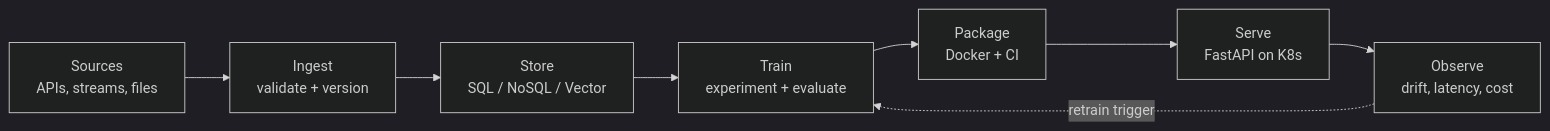
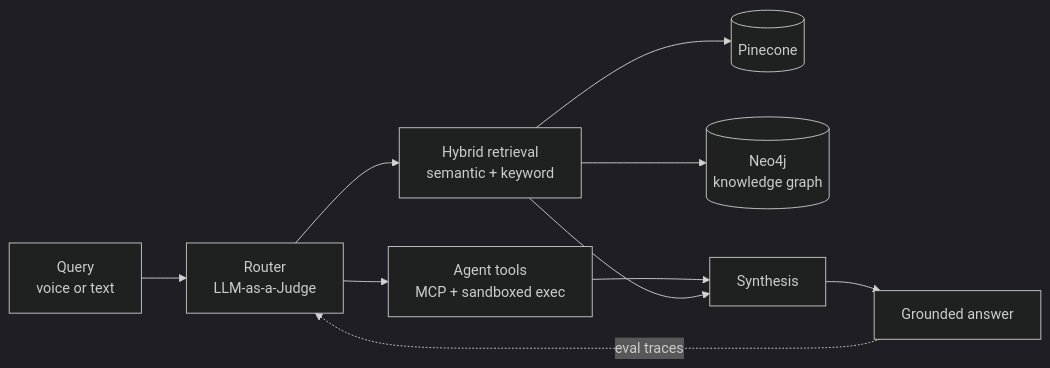
Before and after one commit to adlard07/adlard07: the diagram in README.md, drawn with Mermaid (dark theme). The commit also changed other lines of this file, not shown here.

````diff
--- a/README.md
+++ b/README.md
@@ -35,10 +47,12 @@
 ```mermaid
 flowchart LR
-    A[Sources<br/>APIs, streams, files] --> B[Ingest<br/>validate + version]
-    B --> C[Store<br/>SQL / NoSQL / Vector]
-    C --> D[Train<br/>experiment + evaluate]
-    D --> E[Package<br/>Docker + CI]
-    E --> F[Serve<br/>FastAPI on K8s]
-    F --> G[Observe<br/>drift, latency, cost]
-    G -.retrain trigger.-> D
+    Q[Query<br/>voice or text] --> R[Router<br/>LLM-as-a-Judge]
+    R --> T[Agent tools<br/>MCP + sandboxed exec]
+    R --> V[Hybrid retrieval<br/>semantic + keyword]
+    V --> P[(Pinecone)]
+    V --> N[(Neo4j<br/>knowledge graph)]
+    T --> S[Synthesis]
+    V --> S
+    S --> O[Grounded answer]
+    O -.eval traces.-> R
 ```
````
